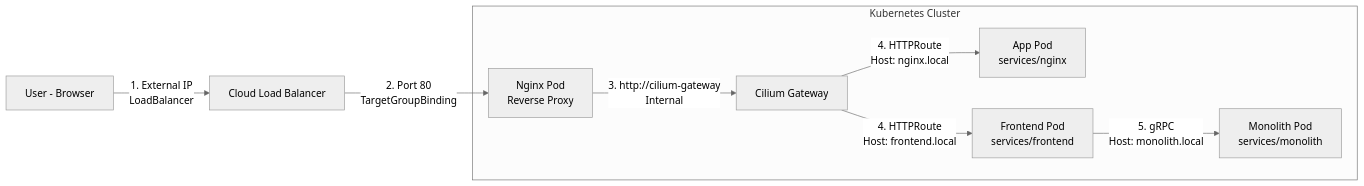
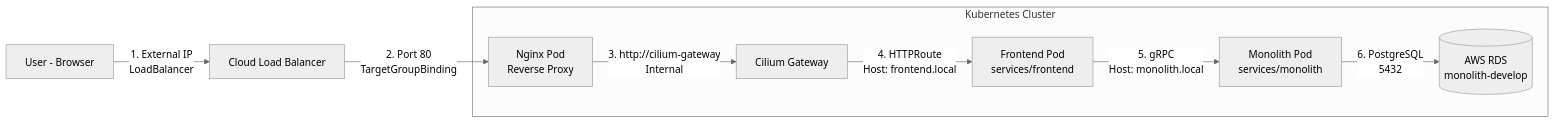
Before and after one commit to panicboat/monorepo: the first of 2 diagrams in README-ja.md, drawn with Mermaid (neutral theme). The commit also changed other lines of this file and 30 other files, not shown here.

````diff
--- a/README-ja.md
+++ b/README-ja.md
@@ -68,12 +67,12 @@
 ```mermaid
 graph LR
   User[User - Browser] -- "1. External IP<br>LoadBalancer" --> NginxLB[Cloud Load Balancer]
   NginxLB -- "2. Port 80<br>TargetGroupBinding" --> NginxPod[Nginx Pod<br>Reverse Proxy]
 
   subgraph "Kubernetes Cluster"
     NginxPod -- "3. http://cilium-gateway<br>Internal" --> CiliumGw[Cilium Gateway]
-    CiliumGw -- "4. HTTPRoute<br>Host: nginx.local" --> AppPod[App Pod<br>services/nginx]
     CiliumGw -- "4. HTTPRoute<br>Host: frontend.local" --> FrontendPod[Frontend Pod<br>services/frontend]
     FrontendPod -- "5. gRPC<br>Host: monolith.local" --> MonolithPod[Monolith Pod<br>services/monolith]
+    MonolithPod -- "6. PostgreSQL<br>5432" --> RDS[(AWS RDS<br>monolith-develop)]
   end
 ```
````
